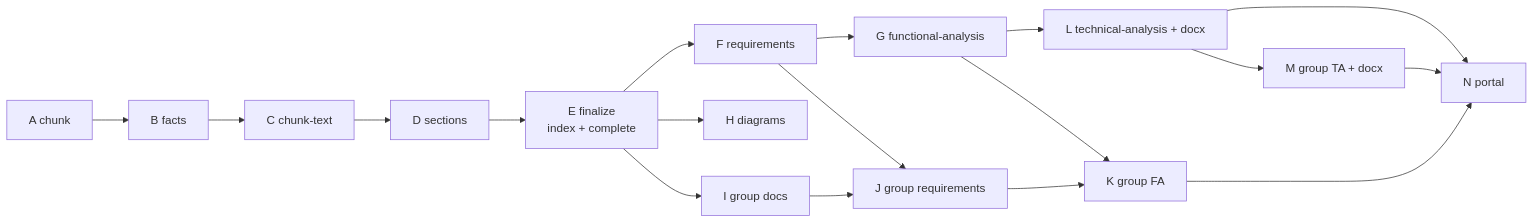
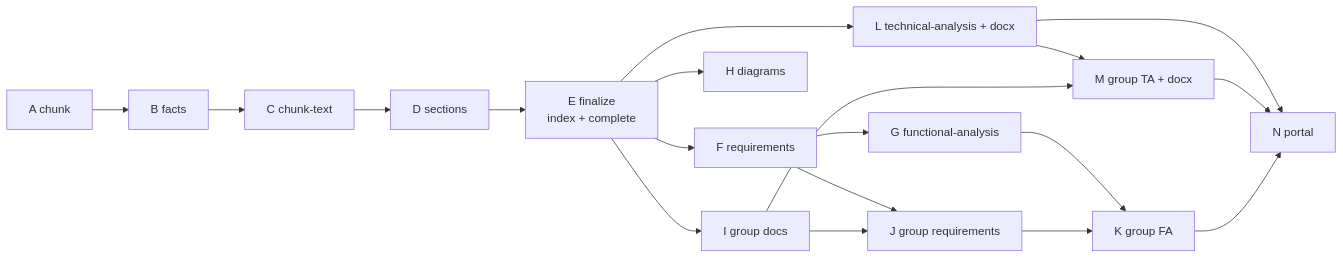
The first of 4 diagrams in README.md (microsoft/cobol-docs-pipeline-sample), drawn with Mermaid before and after one commit. The commit also changed other lines of this file and 127 other files, not shown here.

````diff
--- a/README.md
+++ b/README.md
@@ -363,22 +367,23 @@
 ```mermaid
 flowchart LR
   A[A chunk] --> B[B facts]
   B --> C[C chunk-text]
   C --> D[D sections]
   D --> E[E finalize<br/>index + complete]
   E --> F[F requirements]
   F --> G[G functional-analysis]
   E --> H[H diagrams]
-  G --> L[L technical-analysis + docx]
+  E --> L[L technical-analysis + docx]
 
   E --> I[I group docs]
   F --> J[J group requirements]
   I --> J
   G --> K[K group FA]
   J --> K
   L --> M[M group TA + docx]
+  I --> M
 
   L --> N[N portal]
   M --> N
   K --> N
 ```
````
